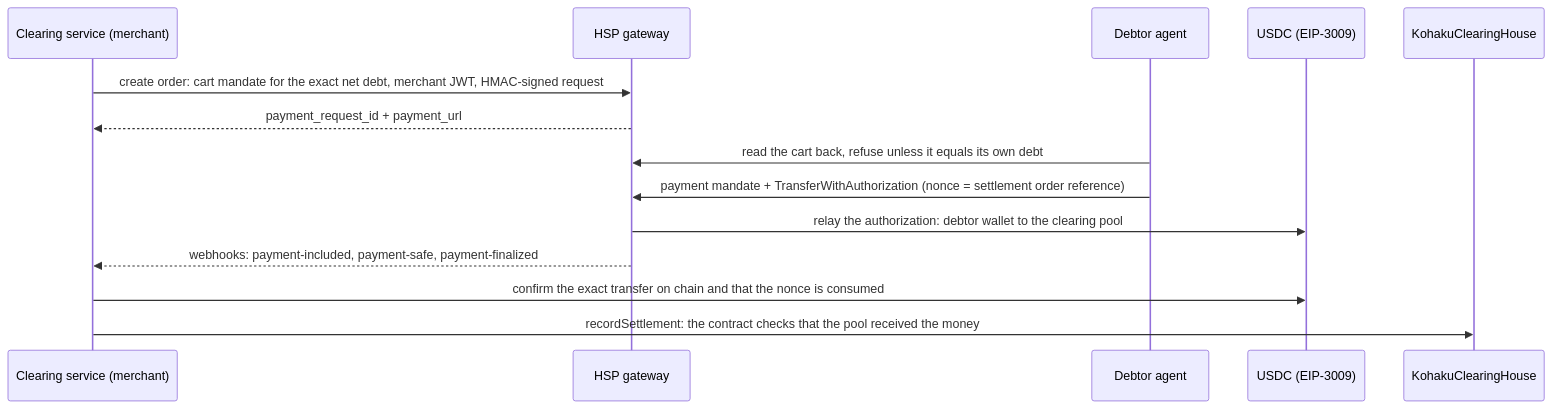
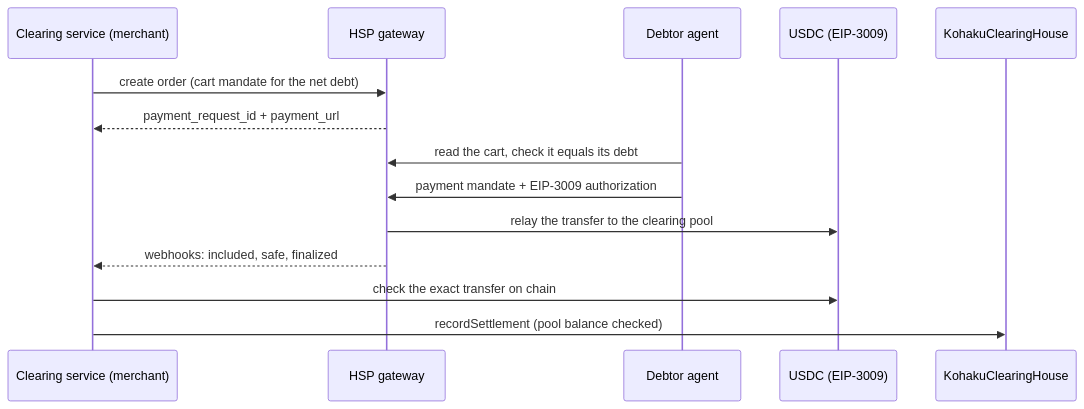
One commit to Nouman-wp/Kohaku changed the second of 3 diagrams in README.md. Above: the diagram before and after it, drawn with Mermaid. The commit also changed other lines of this file, not shown here.

Commit message:
Make the HSP diagram readable and align the screenshot grid

````diff
--- a/README.md
+++ b/README.md
@@ -148,16 +148,16 @@
 ```mermaid
 sequenceDiagram
   participant C as Clearing service (merchant)
   participant H as HSP gateway
   participant D as Debtor agent
   participant T as USDC (EIP-3009)
   participant K as KohakuClearingHouse
-  C->>H: create order: cart mandate for the exact net debt, merchant JWT, HMAC-signed request
+  C->>H: create order (cart mandate for the net debt)
   H-->>C: payment_request_id + payment_url
-  D->>H: read the cart back, refuse unless it equals its own debt
-  D->>H: payment mandate + TransferWithAuthorization (nonce = settlement order reference)
-  H->>T: relay the authorization: debtor wallet to the clearing pool
-  H-->>C: webhooks: payment-included, payment-safe, payment-finalized
-  C->>T: confirm the exact transfer on chain and that the nonce is consumed
-  C->>K: recordSettlement: the contract checks that the pool received the money
+  D->>H: read the cart, check it equals its debt
+  D->>H: payment mandate + EIP-3009 authorization
+  H->>T: relay the transfer to the clearing pool
+  H-->>C: webhooks: included, safe, finalized
+  C->>T: check the exact transfer on chain
+  C->>K: recordSettlement (pool balance checked)
 ```
````
